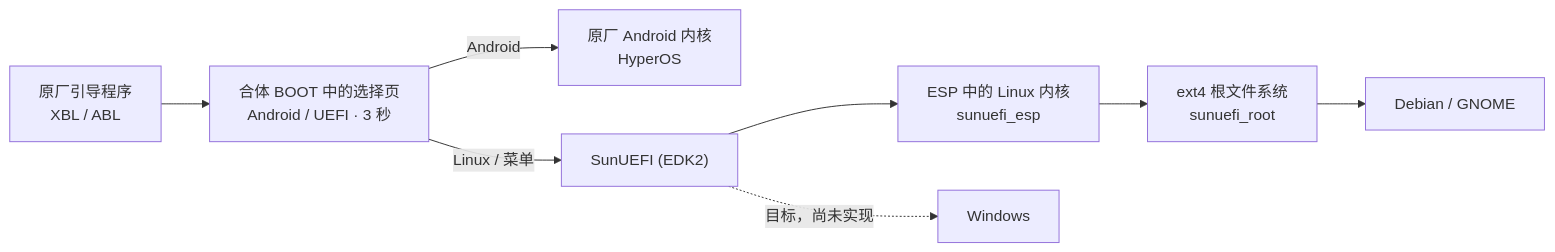
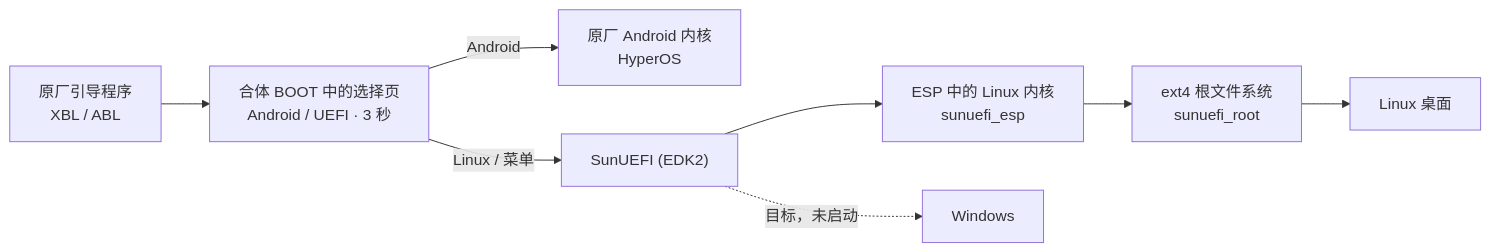
Before and after one commit to YueMiyuki/Project-SunUEFI: the diagram in README.md, drawn with Mermaid. The commit also changed other lines of this file and 1 other file, not shown here.

````diff
--- a/README.md
+++ b/README.md
@@ -92,10 +14,10 @@
 ```mermaid
 flowchart LR
     A["原厂引导程序<br/>XBL / ABL"] --> B["合体 BOOT 中的选择页<br/>Android / UEFI · 3 秒"]
     B -->|"Android"| C["原厂 Android 内核<br/>HyperOS"]
     B -->|"Linux / 菜单"| D["SunUEFI (EDK2)"]
     D --> E["ESP 中的 Linux 内核<br/>sunuefi_esp"]
     E --> F["ext4 根文件系统<br/>sunuefi_root"]
-    F --> G["Debian / GNOME"]
-    D -.->|"目标，尚未实现"| H["Windows"]
+    F --> G["Linux 桌面"]
+    D -.->|"目标，未启动"| H["Windows"]
 ```
````
